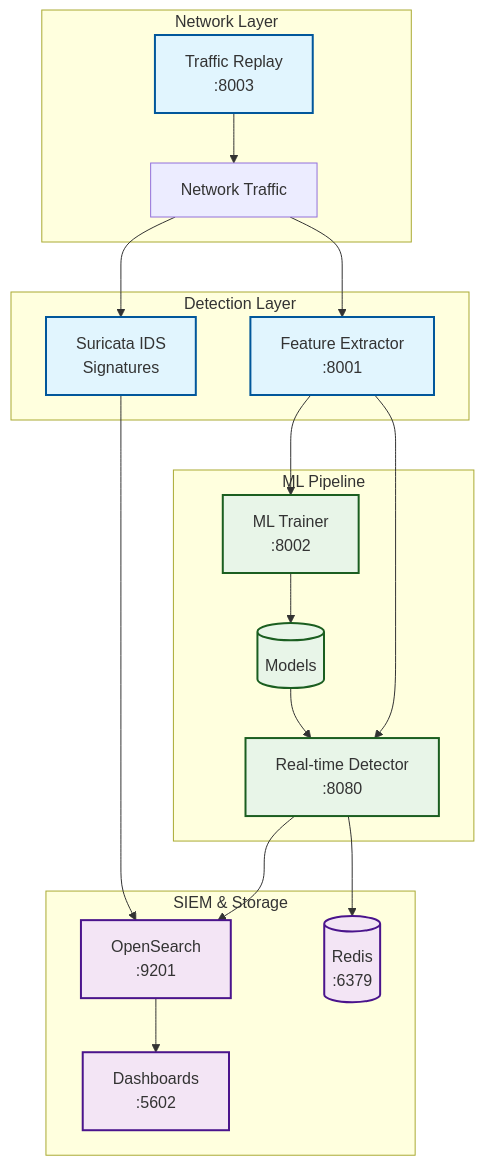
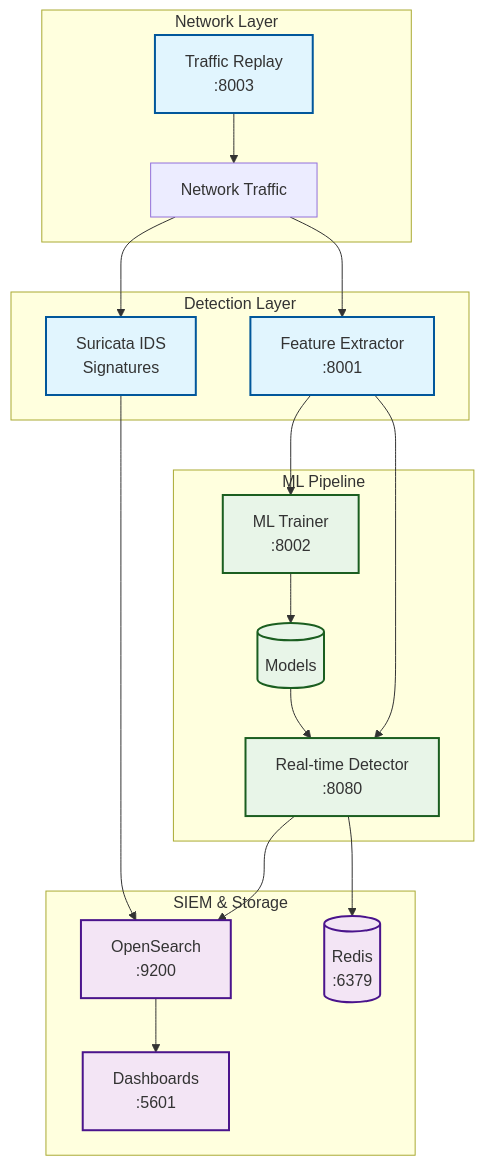
The first of 5 diagrams in README.md (holdennguyen/suricata-ml-ids), drawn with Mermaid before and after one commit. The commit also changed other lines of this file and 2 other files, not shown here.

Commit message:
fix: cleanup OpenSearch containers and optimize ports
- Remove unused 'infra' OpenSearch containers that were conflicting
- Clean up old OpenSearch Docker images (version 2)
- Update docker-compose.yml to use standard OpenSearch ports:
  * OpenSearch: 9201 → 9200 (standard port)
  * OpenSearch Dashboards: 5602 → 5601 (standard port)
- Update README.md with correct port numbers
- Fix system architecture diagram with standard ports
- Create missing directories with proper permissions
- Remove unused infra Docker network

Benefits:
- No more port conflicts with other OpenSearch instances
- Uses standard OpenSearch ports for better compatibility
- Cleaner Docker environment with unused containers removed
- Reduced disk usage by removing duplicate images

````diff
--- a/README.md
+++ b/README.md
@@ -24,44 +24,44 @@
 ```mermaid
 graph TB
     subgraph "Network Layer"
         Traffic[Network Traffic]
         Replay[Traffic Replay<br/>:8003]
     end
     
     subgraph "Detection Layer"
         Suricata[Suricata IDS<br/>Signatures]
         FE[Feature Extractor<br/>:8001]
     end
     
     subgraph "ML Pipeline"
         Trainer[ML Trainer<br/>:8002]
         Models[(Models)]
         RD[Real-time Detector<br/>:8080]
     end
     
     subgraph "SIEM & Storage"
-        OS[OpenSearch<br/>:9201]
-        OSD[Dashboards<br/>:5602]
+        OS[OpenSearch<br/>:9200]
+        OSD[Dashboards<br/>:5601]
         Redis[(Redis<br/>:6379)]
     end
     
     Traffic --> Suricata
     Traffic --> FE
     Replay --> Traffic
     Suricata --> OS
     FE --> Trainer
     Trainer --> Models
     Models --> RD
     FE --> RD
     RD --> OS
     OS --> OSD
     RD --> Redis
     
     classDef serviceBox fill:#e1f5fe,stroke:#01579b,stroke-width:2px
     classDef dataBox fill:#f3e5f5,stroke:#4a148c,stroke-width:2px
     classDef mlBox fill:#e8f5e8,stroke:#1b5e20,stroke-width:2px
     
     class Suricata,FE,Replay serviceBox
     class Trainer,RD,Models mlBox
     class OS,OSD,Redis dataBox
 ```
````
